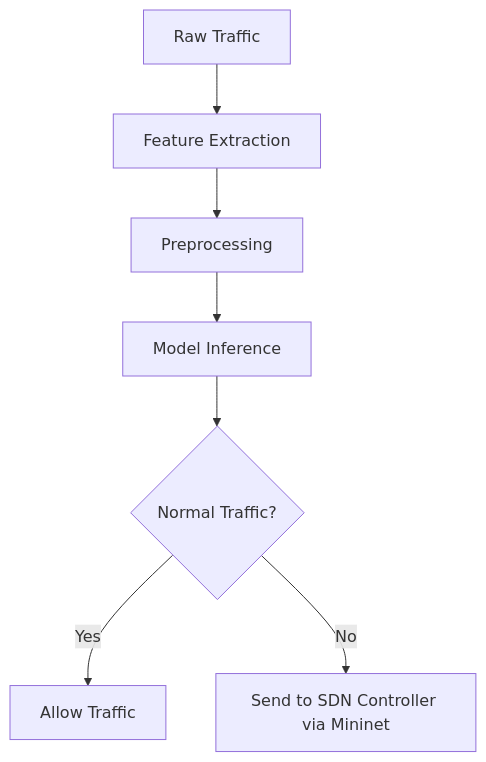
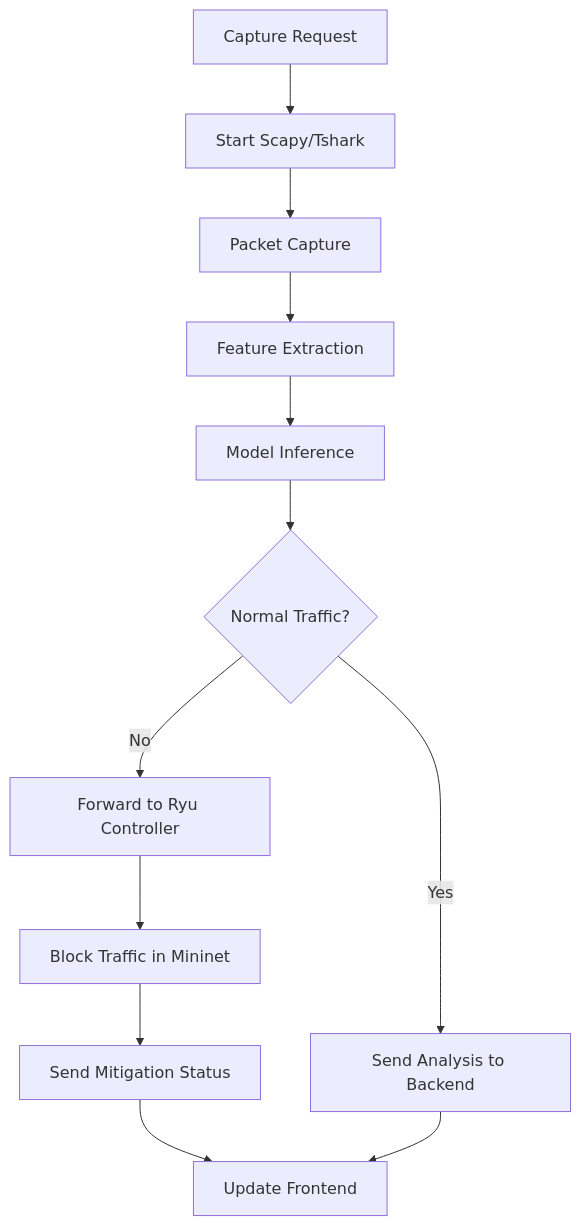
Before and after one commit to Akshita3104/Sentinel-AI: the second of 4 diagrams in README.md, drawn with Mermaid. The commit also changed other lines of this file, not shown here.

````diff
--- a/README.md
+++ b/README.md
@@ -126,9 +145,14 @@
 ```mermaid
 graph TD
-    A[Raw Traffic] --> B[Feature Extraction]
-    B --> C[Preprocessing]
-    C --> D[Model Inference]
-    D --> E{Normal Traffic?}
-    E -->|Yes| F[Allow Traffic]
-    E -->|No| G[Send to SDN Controller via Mininet]
+    A[Capture Request] --> B[Start Scapy/Tshark]
+    B --> C[Packet Capture]
+    C --> D[Feature Extraction]
+    D --> E[Model Inference]
+    E --> F{Normal Traffic?}
+    F -->|Yes| G[Send Analysis to Backend]
+    F -->|No| H[Forward to Ryu Controller]
+    H --> I[Block Traffic in Mininet]
+    I --> J[Send Mitigation Status]
+    J --> K[Update Frontend]
+    G --> K
 ```
````
